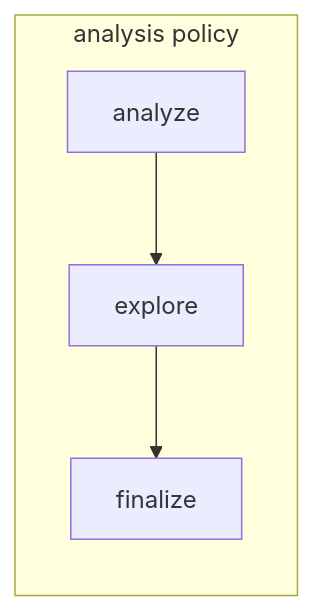
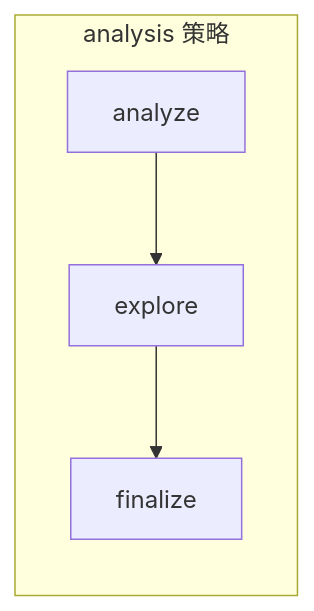
Before and after one commit to hanchaoqun/codrax: the sixth of 8 diagrams in docs/architecture.md, drawn with Mermaid. The commit also changed other lines of this file and 1 other file, not shown here.

Commit message:
Translate README.md and architecture.md to Chinese

````diff
--- a/docs/architecture.md
+++ b/docs/architecture.md
@@ -1006,6 +1006,6 @@
 ```mermaid
 graph LR
-    subgraph "analysis policy"
+    subgraph "analysis 策略"
         A1[analyze] --> A2[explore] --> A3[finalize]
     end
 ```
````
